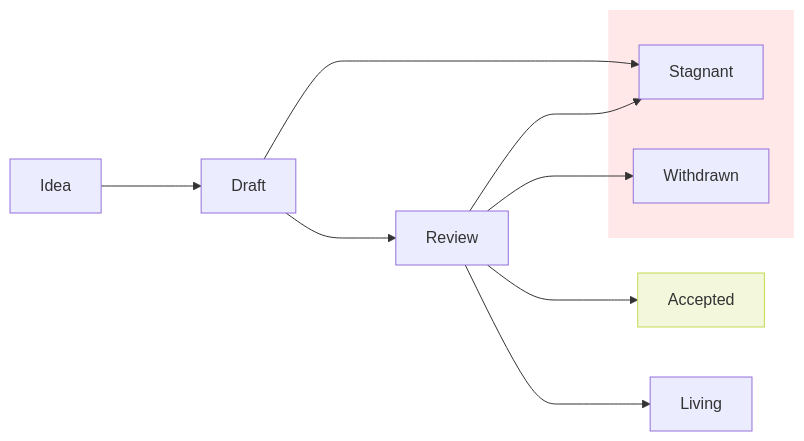
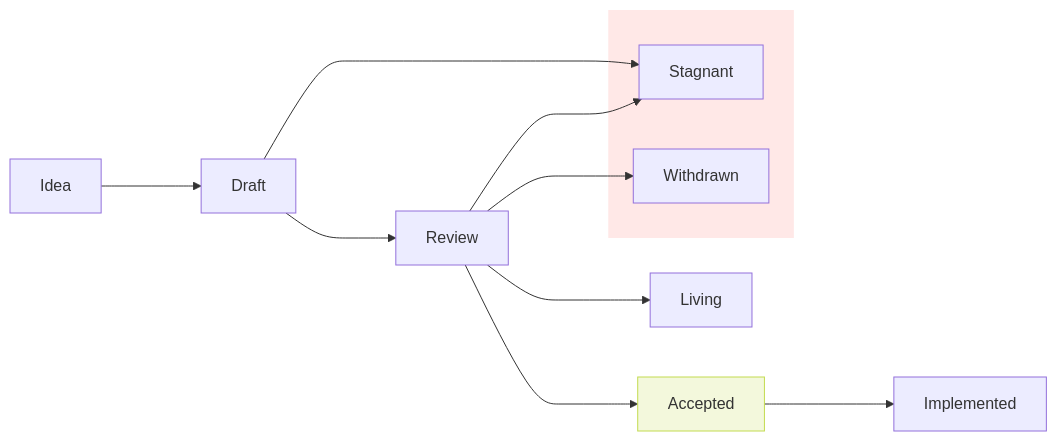
Before and after one commit to solana-foundation/solana-improvement-documents: the diagram in proposals/0001-simd-process.md, drawn with Mermaid. The commit also changed 2 other files, not shown here.

Commit message:
update linting; add README.md update; update mermaid plot on SIMD-0001

````diff
--- a/proposals/0001-simd-process.md
+++ b/proposals/0001-simd-process.md
@@ -89,24 +89,25 @@
 ```mermaid
 flowchart LR
   Idea
   Draft
   Review
   Accepted
 
   subgraph fail[&nbsp];
     Stagnant
     Withdrawn
   end
 
   style fail fill:#ffe8e7,stroke:none
   style Accepted fill:#f3f8dc,stroke:#c3db50;
 
   Idea ---> Draft;
   Draft ---> Review;
   Review ---> Accepted;
+  Accepted ---> Implemented
   Review ---> Living;
 
   Draft ---> Stagnant;
   Review ---> Stagnant;
   Review ---> Withdrawn;
 ```
````
